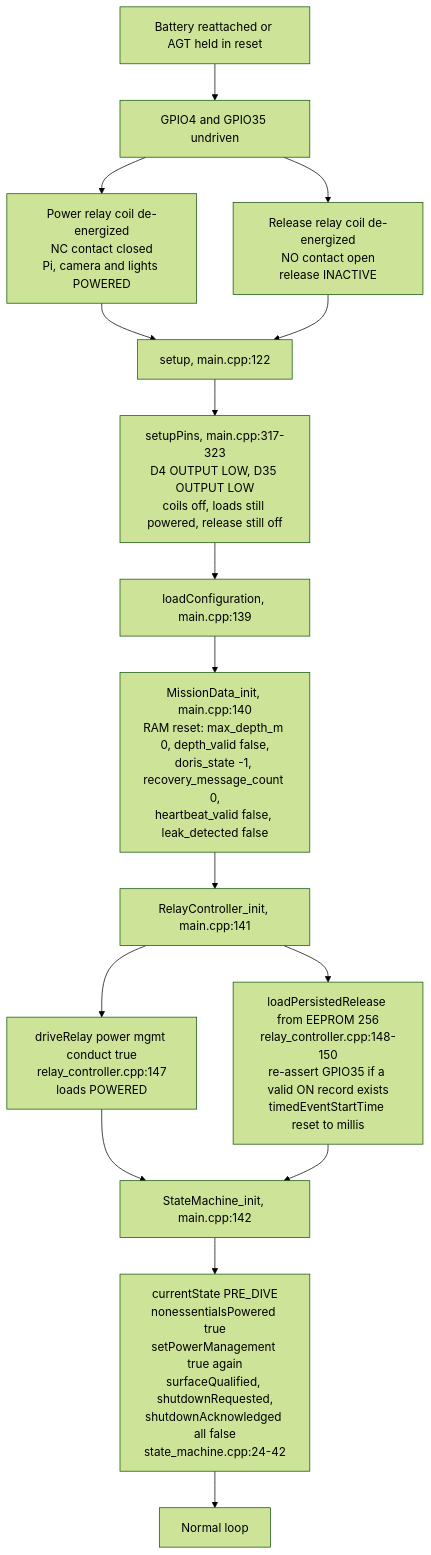
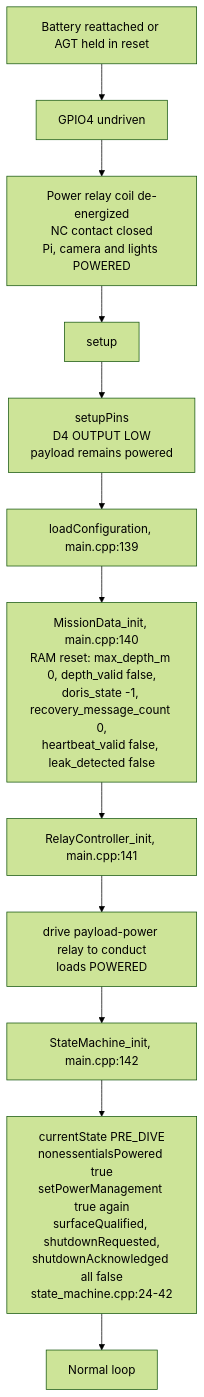
The fourth of 4 diagrams in docs/STATE_MACHINE_DIAGRAM.md (brianhBR/Doris-AGT-Firmware), drawn with Mermaid (forest theme) before and after one commit. The commit also changed other lines of this file and 25 other files, not shown here.

First line of the commit message:
fix: remove AGT release actuation

````diff
--- a/docs/STATE_MACHINE_DIAGRAM.md
+++ b/docs/STATE_MACHINE_DIAGRAM.md
@@ -327,19 +244,14 @@
 ```mermaid
 flowchart TD
-    A[Battery reattached or AGT held in reset] --> B[GPIO4 and GPIO35 undriven]
+    A[Battery reattached or AGT held in reset] --> B[GPIO4 undriven]
     B --> C[Power relay coil de-energized<br>NC contact closed<br>Pi, camera and lights POWERED]
-    B --> D[Release relay coil de-energized<br>NO contact open<br>release INACTIVE]
-
-    C --> E[setup, main.cpp:122]
-    D --> E
-    E --> F[setupPins, main.cpp:317-323<br>D4 OUTPUT LOW, D35 OUTPUT LOW<br>coils off, loads still powered, release still off]
+    C --> E[setup]
+    E --> F[setupPins<br>D4 OUTPUT LOW<br>payload remains powered]
     F --> G[loadConfiguration, main.cpp:139]
     G --> H[MissionData_init, main.cpp:140<br>RAM reset: max_depth_m 0, depth_valid false,<br>doris_state -1, recovery_message_count 0,<br>heartbeat_valid false, leak_detected false]
     H --> I[RelayController_init, main.cpp:141]
-    I --> J[driveRelay power mgmt conduct true<br>relay_controller.cpp:147<br>loads POWERED]
-    I --> K[loadPersistedRelease from EEPROM 256<br>relay_controller.cpp:148-150<br>re-assert GPIO35 if a valid ON record exists<br>timedEventStartTime reset to millis]
+    I --> J[drive payload-power relay to conduct<br>loads POWERED]
     J --> L[StateMachine_init, main.cpp:142]
-    K --> L
     L --> M[currentState PRE_DIVE<br>nonessentialsPowered true<br>setPowerManagement true again<br>surfaceQualified, shutdownRequested,<br>shutdownAcknowledged all false<br>state_machine.cpp:24-42]
     M --> N[Normal loop]
 ```
````
